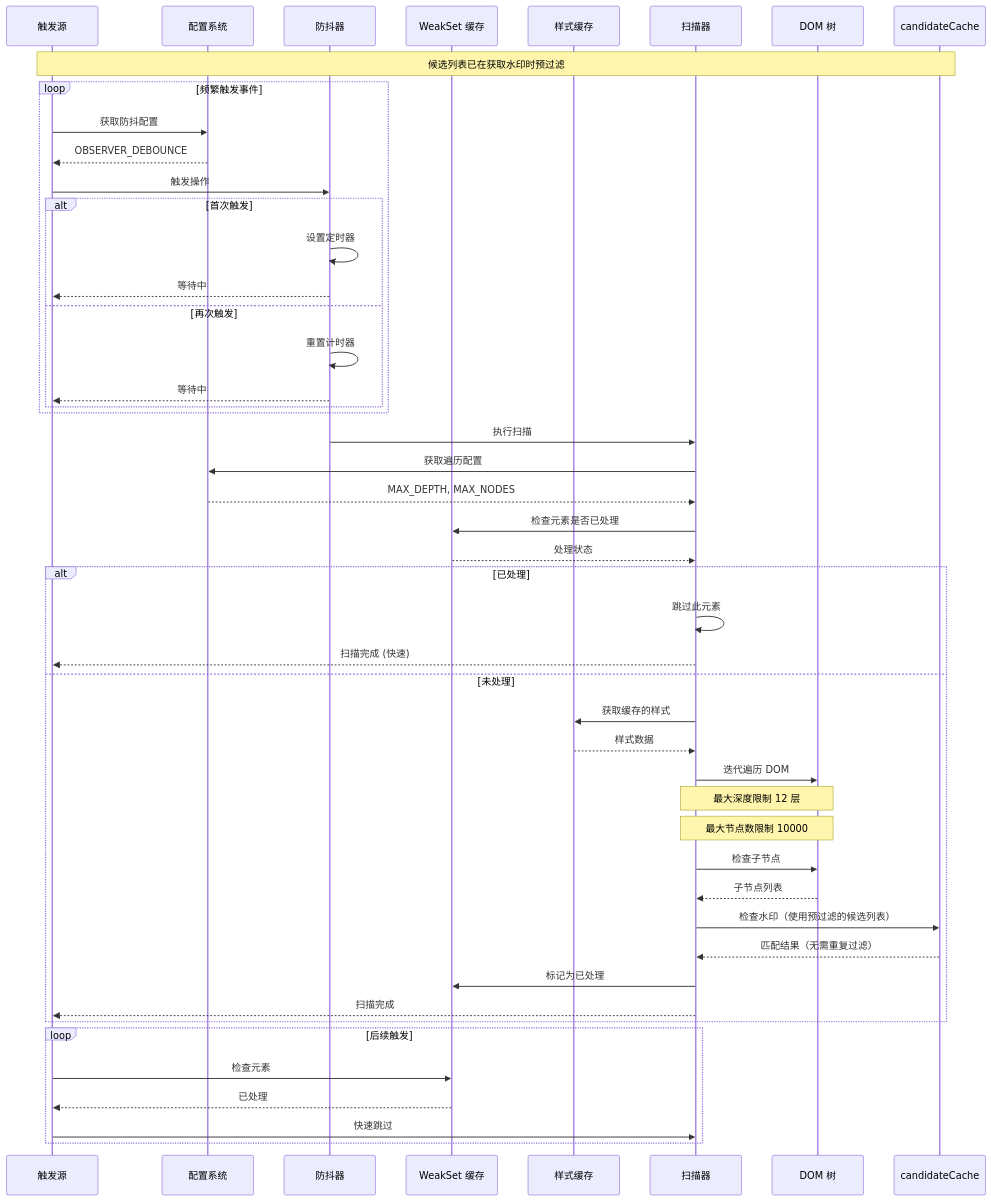
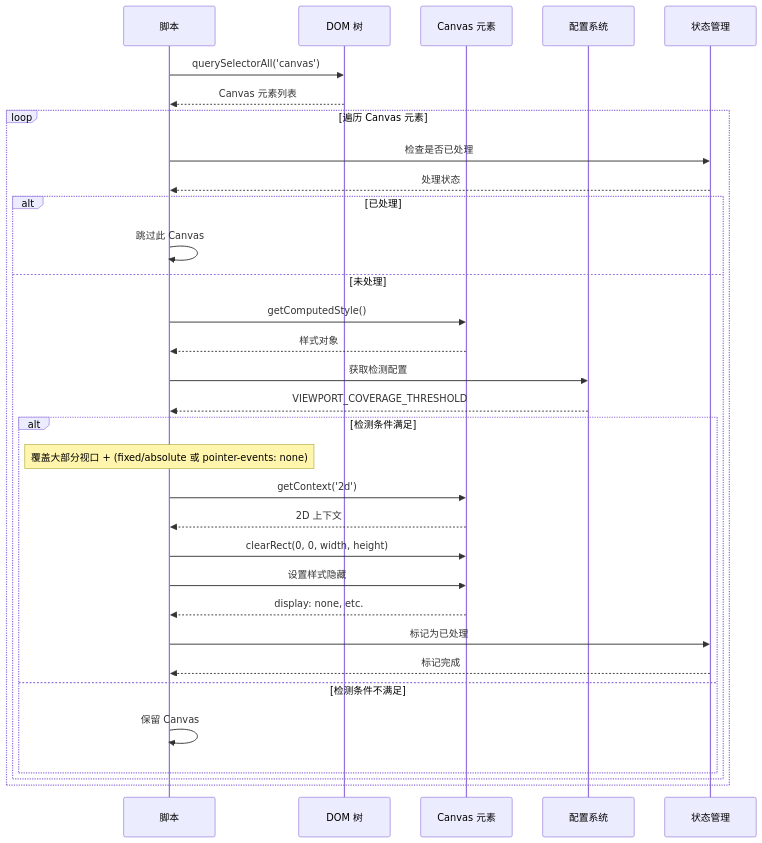
Before and after one commit to wang93wei/Xiaomi-MiMo-Studio-Watermark-Remover: the fourth of 6 diagrams in doc/SEQUENCE_DIAGRAMS.md, drawn with Mermaid. The commit also changed other lines of this file and 4 other files, not shown here.

````diff
--- a/doc/SEQUENCE_DIAGRAMS.md
+++ b/doc/SEQUENCE_DIAGRAMS.md
@@ -549,62 +186,42 @@
 ```mermaid
 sequenceDiagram
-    participant Trigger as 触发源
+    participant Script as 脚本
+    participant DOM as DOM 树
+    participant Canvas as Canvas 元素
     participant Config as 配置系统
-    participant Debounce as 防抖器
-    participant ProcessedCache as WeakSet 缓存
-    participant StyleCache as 样式缓存
-    participant Scanner as 扫描器
-    participant DOM as DOM 树
+    participant State as 状态管理
 
-    Note over Trigger,candidateCache: 候选列表已在获取水印时预过滤
+    Script->>DOM: querySelectorAll('canvas')
+    DOM-->>Script: Canvas 元素列表
 
-    loop 频繁触发事件
-        Trigger->>Config: 获取防抖配置
-        Config-->>Trigger: OBSERVER_DEBOUNCE
+    loop 遍历 Canvas 元素
+        Script->>State: 检查是否已处理
+        State-->>Script: 处理状态
 
-        Trigger->>Debounce: 触发操作
+        alt 已处理
+            Script->>Script: 跳过此 Canvas
+        else 未处理
+            Script->>Canvas: getComputedStyle()
+            Canvas-->>Script: 样式对象
 
-        alt 首次触发
-            Debounce->>Debounce: 设置定时器
-            Debounce-->>Trigger: 等待中
-        else 再次触发
-            Debounce->>Debounce: 重置计时器
-            Debounce-->>Trigger: 等待中
+            Script->>Config: 获取检测配置
+            Config-->>Script: VIEWPORT_COVERAGE_THRESHOLD
+
+            alt 检测条件满足
+                Note over Script: 覆盖大部分视口 + (fixed/absolute 或 pointer-events: none)
+
+                Script->>Canvas: getContext('2d')
+                Canvas-->>Script: 2D 上下文
+
+                Script->>Canvas: clearRect(0, 0, width, height)
+                Script->>Canvas: 设置样式隐藏
+                Canvas-->>Script: display: none, etc.
+
+                Script->>State: 标记为已处理
+                State-->>Script: 标记完成
+            else 检测条件不满足
+                Script->>Script: 保留 Canvas
+            end
         end
     end
-
-    Debounce->>Scanner: 执行扫描
-    Scanner->>Config: 获取遍历配置
-    Config-->>Scanner: MAX_DEPTH, MAX_NODES
-
-    Scanner->>ProcessedCache: 检查元素是否已处理
-    ProcessedCache-->>Scanner: 处理状态
-
-    alt 已处理
-        Scanner->>Scanner: 跳过此元素
-        Scanner-->>Trigger: 扫描完成 (快速)
-    else 未处理
-        Scanner->>StyleCache: 获取缓存的样式
-        StyleCache-->>Scanner: 样式数据
-
-        Scanner->>DOM: 迭代遍历 DOM
-
-        Note over Scanner,DOM: 最大深度限制 12 层
-        Note over Scanner,DOM: 最大节点数限制 10000
-
-        Scanner->>DOM: 检查子节点
-        DOM-->>Scanner: 子节点列表
-
-        Scanner->>candidateCache: 检查水印（使用预过滤的候选列表）
-        candidateCache-->>Scanner: 匹配结果（无需重复过滤）
-
-        Scanner->>ProcessedCache: 标记为已处理
-        Scanner-->>Trigger: 扫描完成
-    end
-
-    loop 后续触发
-        Trigger->>ProcessedCache: 检查元素
-        ProcessedCache-->>Trigger: 已处理
-        Trigger->>Scanner: 快速跳过
-    end
 ```
````
